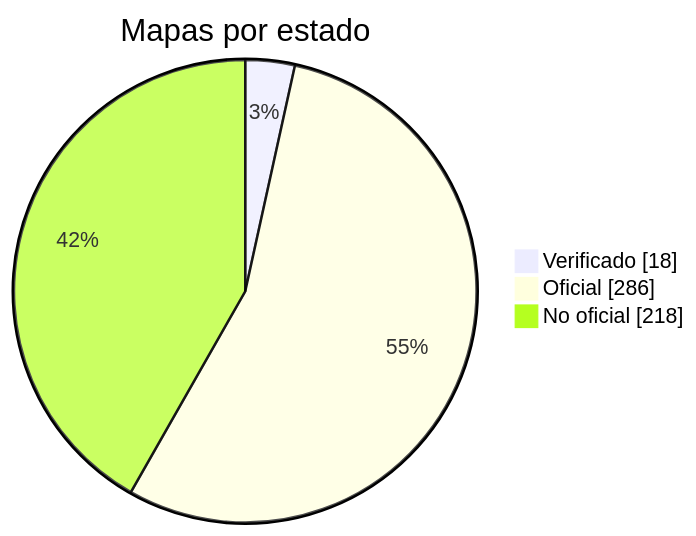
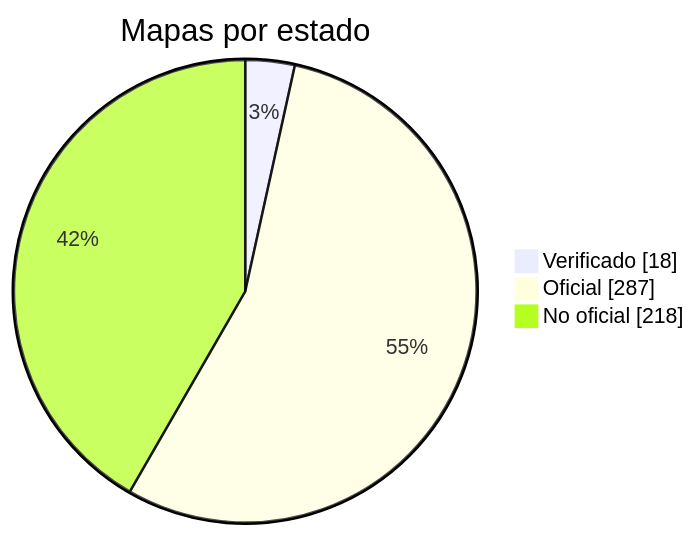
One commit to nobrega8/mbmap-library changed the diagram in docs/readme/README_ES.md. Above: the diagram before and after it, drawn with Mermaid. The commit also changed 5 other files, not shown here.

````diff
--- a/docs/readme/README_ES.md
+++ b/docs/readme/README_ES.md
@@ -54,7 +54,7 @@
 ```mermaid
 pie showData
     title Mapas por estado
     "Verificado" : 18
-    "Oficial" : 286
+    "Oficial" : 287
     "No oficial" : 218
 ```
````
